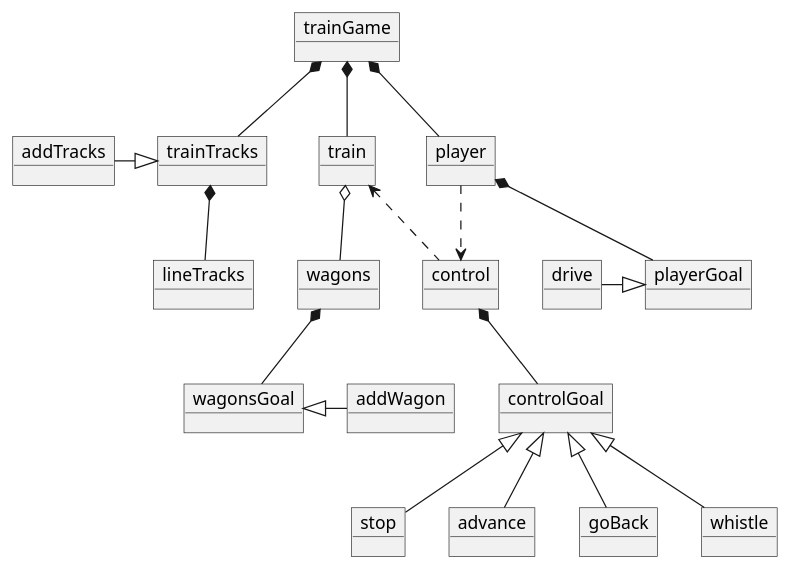
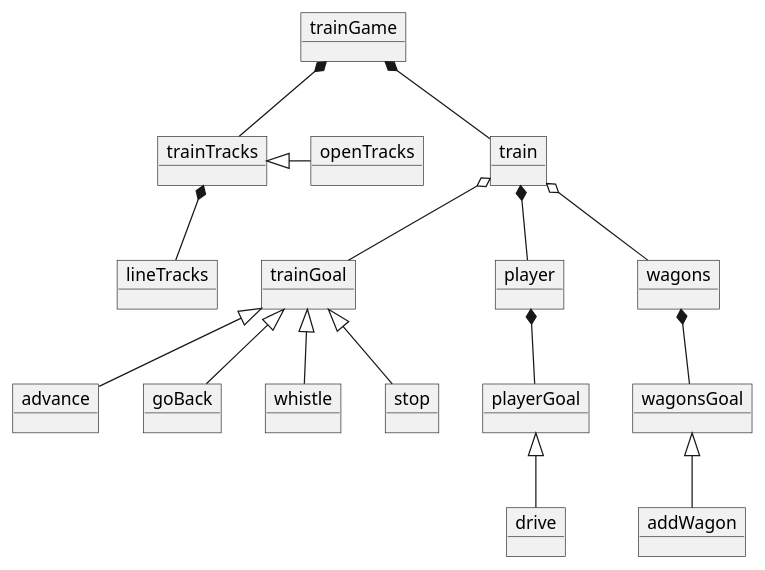
Before and after one commit to ederramos01/01-train: the diagram in docs/train-diagram.puml, drawn with PlantUML. The commit also changed 7 other files, not shown here.

Commit message:
Code adjusted according to the diagram

```diff
--- a/docs/train-diagram.puml
+++ b/docs/train-diagram.puml
@@ -1,47 +1,44 @@
 @startuml trainModel
 
     object trainGame
     object train
     object trainTracks
     object lineTracks
-    object addTracks
+    object openTracks
     
     object wagons
     object wagonsGoal
     object addWagon
-    object control
-    object controlGoal
+    object trainGoal
     object stop
     object advance
     object goBack
     object whistle
     object player
     object playerGoal
     object drive
 
     trainGame *-- train
-    trainGame *-- player
     
     train o-- wagons
-    train <.. control
+    train o-- trainGoal
+    train *-- player
     
     trainGame *-- trainTracks
-    addTracks -right-|> trainTracks
+    openTracks -right-|> trainTracks
     trainTracks *-- lineTracks
 
     wagons *-- wagonsGoal
-    addWagon -left-|> wagonsGoal
+    addWagon -up-|> wagonsGoal
 
     player *-- playerGoal
-    drive -right-|> playerGoal
+    drive -up-|> playerGoal
 
-    control <.left. player
-    control *-- controlGoal
-    controlGoal <|-- stop
-    controlGoal <|-- advance
-    controlGoal <|-- goBack
-    controlGoal <|-- whistle
+    trainGoal <|-- stop
+    trainGoal <|-- advance
+    trainGoal <|-- goBack
+    trainGoal <|-- whistle
 
     
 
 @enduml
```
